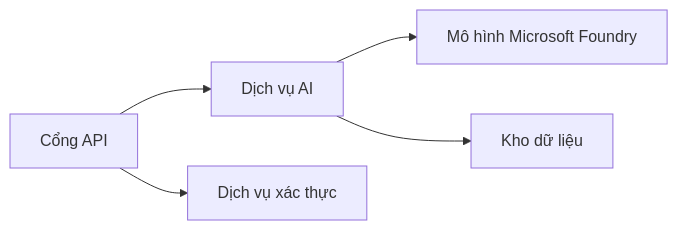
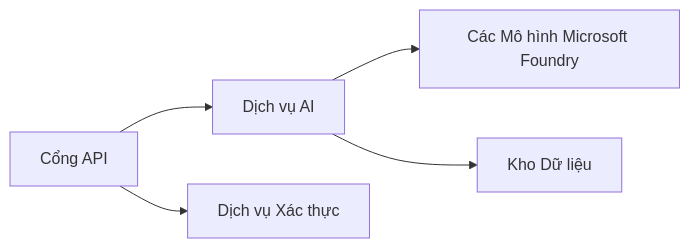
Before and after one commit to microsoft/AZD-for-beginners: the first of 2 diagrams in translations/vi/docs/chapter-08-production/README.md, drawn with Mermaid. The commit also changed other lines of this file and 101 other files, not shown here.

````diff
--- a/translations/vi/docs/chapter-08-production/README.md
+++ b/translations/vi/docs/chapter-08-production/README.md
@@ -46,6 +48,6 @@
 ```mermaid
 graph LR
-    Gateway[Cổng API] --> AI[Dịch vụ AI] --> Models[Mô hình Microsoft Foundry]
-    Gateway --> Auth[Dịch vụ xác thực]
-    AI --> Data[Kho dữ liệu]
+    Gateway[Cổng API] --> AI[Dịch vụ AI] --> Models[Các Mô hình Microsoft Foundry]
+    Gateway --> Auth[Dịch vụ Xác thực]
+    AI --> Data[Kho Dữ liệu]
 ```
````
